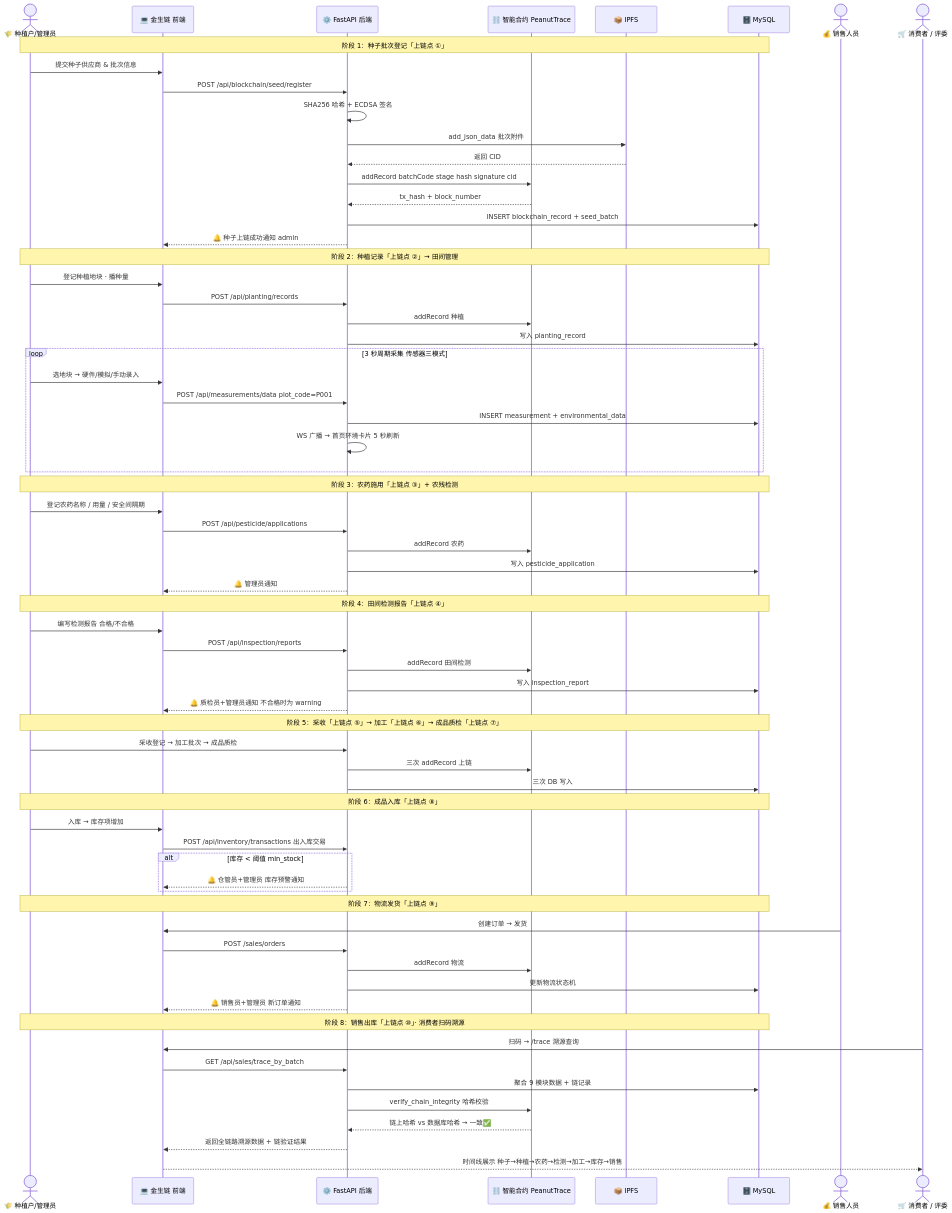
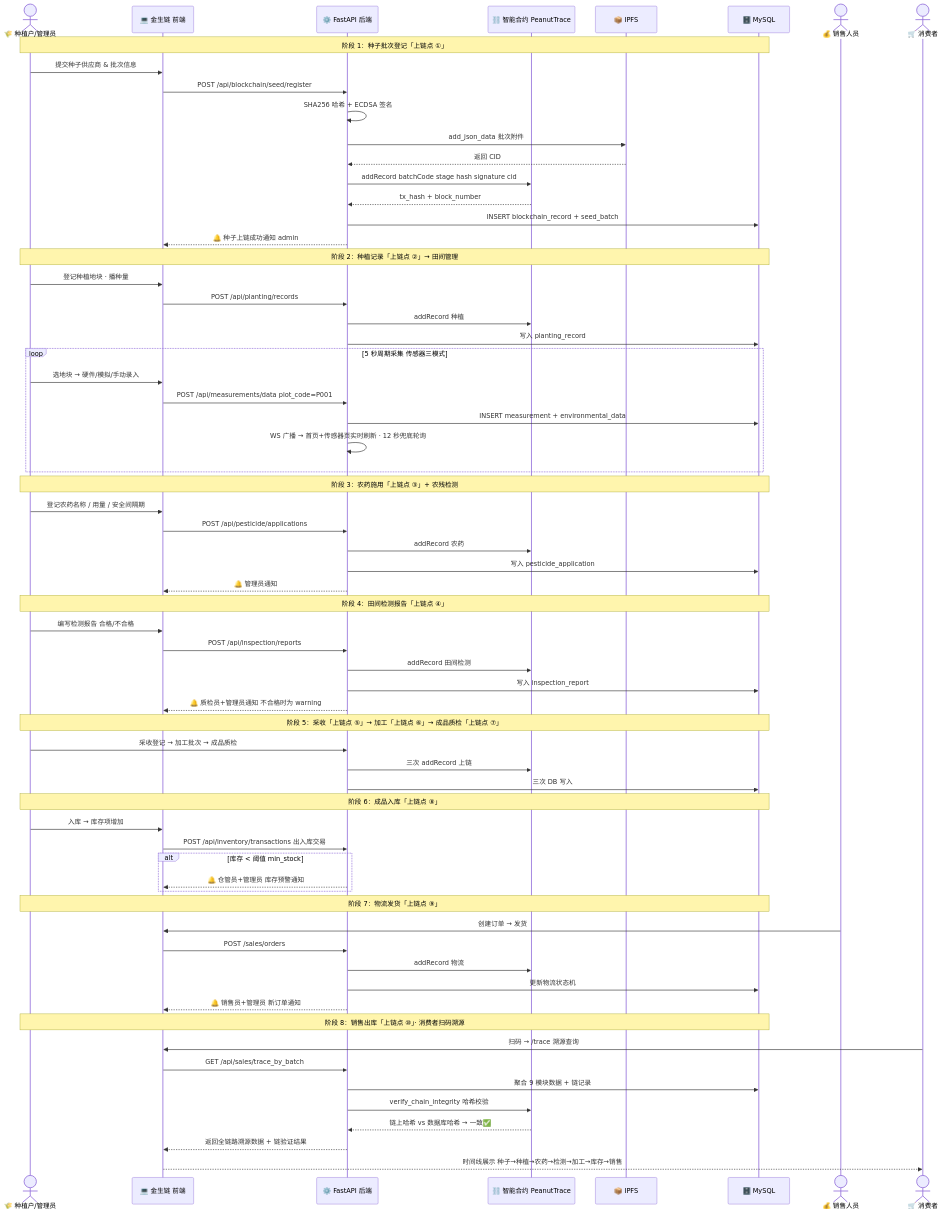
One commit to Da123e/nongyao changed the second of 2 diagrams in README.md. Above: the diagram before and after it, drawn with Mermaid. The commit also changed other lines of this file and 67 other files, not shown here.

````diff
--- a/README.md
+++ b/README.md
@@ -177,77 +226,77 @@
 ```mermaid
 sequenceDiagram
     actor F as 🌾 种植户/管理员
     participant FE as 💻 金生链 前端
     participant BE as ⚙️ FastAPI 后端
     participant BC as ⛓️ 智能合约 PeanutTrace
     participant IPFS as 📦 IPFS
     participant DB as 🗄️ MySQL
 
     Note over F,DB: 阶段 1：种子批次登记「上链点 ①」
     F->>FE: 提交种子供应商 & 批次信息
     FE->>BE: POST /api/blockchain/seed/register
     BE->>BE: SHA256 哈希 + ECDSA 签名
     BE->>IPFS: add_json_data 批次附件
     IPFS-->>BE: 返回 CID
     BE->>BC: addRecord batchCode stage hash signature cid
     BC-->>BE: tx_hash + block_number
     BE->>DB: INSERT blockchain_record + seed_batch
     BE-->>FE: 🔔 种子上链成功通知 admin
 
     Note over F,DB: 阶段 2：种植记录「上链点 ②」→ 田间管理
     F->>FE: 登记种植地块 · 播种量
     FE->>BE: POST /api/planting/records
     BE->>BC: addRecord 种植
     BE->>DB: 写入 planting_record
 
-    loop 3 秒周期采集 传感器三模式
+    loop 5 秒周期采集 传感器三模式
         F->>FE: 选地块 → 硬件/模拟/手动录入
         FE->>BE: POST /api/measurements/data plot_code=P001
         BE->>DB: INSERT measurement + environmental_data
-        BE->>BE: WS 广播 → 首页环境卡片 5 秒刷新
+        BE->>BE: WS 广播 → 首页+传感器页实时刷新 · 12 秒兜底轮询
     end
 
     Note over F,DB: 阶段 3：农药施用「上链点 ③」+ 农残检测
     F->>FE: 登记农药名称 / 用量 / 安全间隔期
     FE->>BE: POST /api/pesticide/applications
     BE->>BC: addRecord 农药
     BE->>DB: 写入 pesticide_application
     BE-->>FE: 🔔 管理员通知
 
     Note over F,DB: 阶段 4：田间检测报告「上链点 ④」
     F->>FE: 编写检测报告 合格/不合格
     FE->>BE: POST /api/inspection/reports
     BE->>BC: addRecord 田间检测
     BE->>DB: 写入 inspection_report
     BE-->>FE: 🔔 质检员+管理员通知 不合格时为 warning
 
     Note over F,DB: 阶段 5：采收「上链点 ⑤」→ 加工「上链点 ⑥」→ 成品质检「上链点 ⑦」
     F->>BE: 采收登记 → 加工批次 → 成品质检
     BE->>BC: 三次 addRecord 上链
     BE->>DB: 三次 DB 写入
 
     Note over F,DB: 阶段 6：成品入库「上链点 ⑧」
     F->>FE: 入库 → 库存项增加
     FE->>BE: POST /api/inventory/transactions 出入库交易
     alt 库存 < 阈值 min_stock
         BE-->>FE: 🔔 仓管员+管理员 库存预警通知
     end
 
     Note over F,DB: 阶段 7：物流发货「上链点 ⑨」
     actor S as 💰 销售人员
     S->>FE: 创建订单 → 发货
     FE->>BE: POST /sales/orders
     BE->>BC: addRecord 物流
     BE->>DB: 更新物流状态机
     BE-->>FE: 🔔 销售员+管理员 新订单通知
 
     Note over F,DB: 阶段 8：销售出库「上链点 ⑩」· 消费者扫码溯源
-    actor C as 🛒 消费者 / 评委
+    actor C as 🛒 消费者
     C->>FE: 扫码 → /trace 溯源查询
     FE->>BE: GET /api/sales/trace_by_batch
     BE->>DB: 聚合 9 模块数据 + 链记录
     BE->>BC: verify_chain_integrity 哈希校验
     BC-->>BE: 链上哈希 vs 数据库哈希 → 一致✅
     BE-->>FE: 返回全链路溯源数据 + 链验证结果
     FE-->>C: 时间线展示 种子→种植→农药→检测→加工→库存→销售
 ```
````
